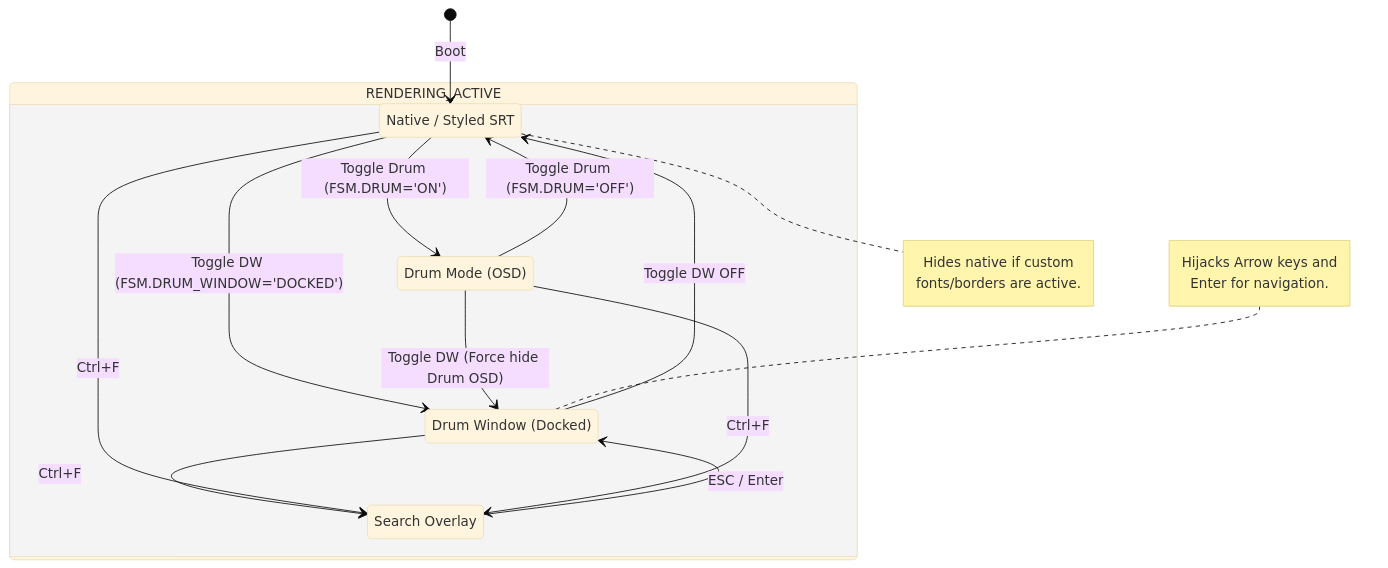
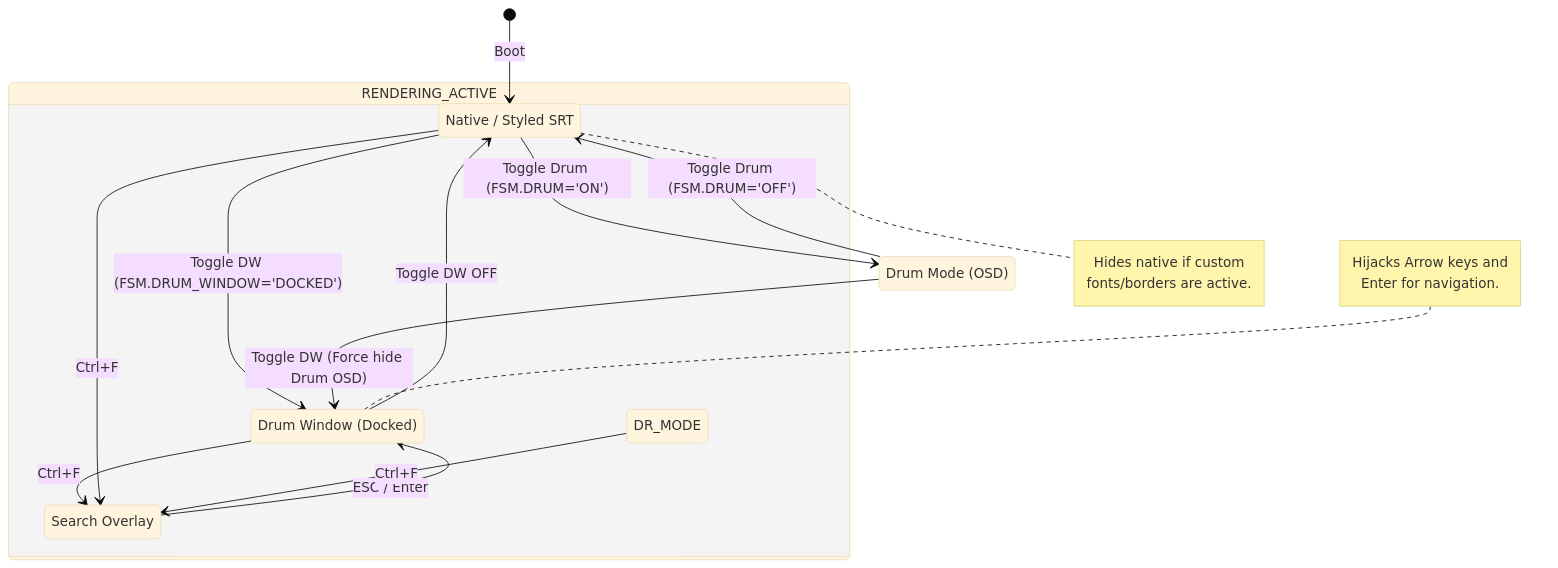
One commit to voothi/20260308110646-kardenwort-mpv changed the first of 20 diagrams in openspec/specs/fsm-architecture/state-diagram.md. Above: the diagram before and after it, drawn with Mermaid (base theme). The commit also changed other lines of this file and 1 other file, not shown here.

````diff
--- a/openspec/specs/fsm-architecture/state-diagram.md
+++ b/openspec/specs/fsm-architecture/state-diagram.md
@@ -9,35 +9,35 @@
 ```mermaid
 stateDiagram-v2
     [*] --> NATIVE_SRT: Boot
     
     state "Native / Styled SRT" as NATIVE_SRT
     state "Drum Mode (OSD)" as DRUM_MODE
     state "Drum Window (Docked)" as DRUM_WINDOW
     state "Search Overlay" as SEARCH_MODE
 
     NATIVE_SRT --> DRUM_MODE : Toggle Drum (FSM.DRUM='ON')
     DRUM_MODE --> NATIVE_SRT : Toggle Drum (FSM.DRUM='OFF')
     
     NATIVE_SRT --> DRUM_WINDOW : Toggle DW (FSM.DRUM_WINDOW='DOCKED')
     DRUM_MODE --> DRUM_WINDOW : Toggle DW (Force hide Drum OSD)
     
     DRUM_WINDOW --> NATIVE_SRT : Toggle DW OFF
     
     state RENDERING_ACTIVE {
         DRUM_WINDOW --> SEARCH_MODE : Ctrl+F
         SEARCH_MODE --> DRUM_WINDOW : ESC / Enter
         
         NATIVE_SRT --> SEARCH_MODE : Ctrl+F
-        DRUM_MODE --> SEARCH_MODE : Ctrl+F
+        DR_MODE --> SEARCH_MODE : Ctrl+F
     }
     
     note right of NATIVE_SRT
         Hides native if custom 
         fonts/borders are active.
     end note
     
     note left of DRUM_WINDOW
         Hijacks Arrow keys and 
         Enter for navigation.
     end note
 ```
````
